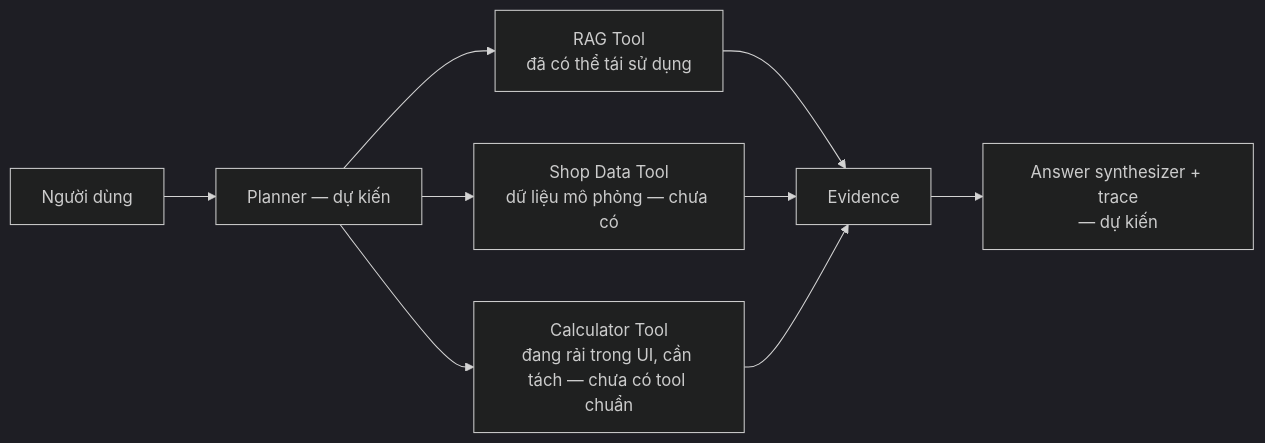
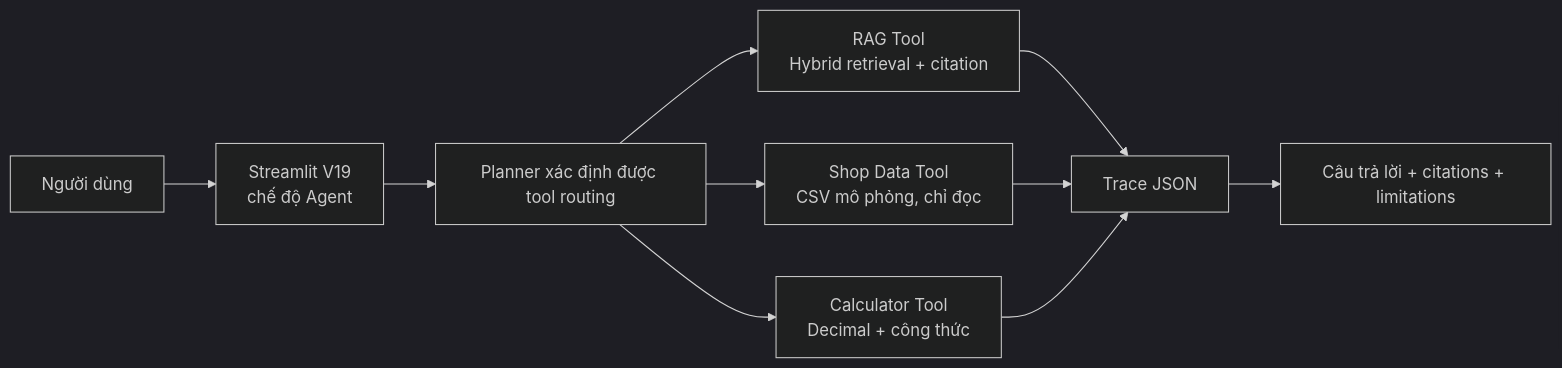
The third of 3 diagrams in docs/architecture.md (QuangThai2002/DoAnThacSi), drawn with Mermaid (dark theme) before and after one commit. The commit also changed other lines of this file and 10 other files, not shown here.

````diff
--- a/docs/architecture.md
+++ b/docs/architecture.md
@@ -79,11 +81,12 @@
 ```mermaid
 flowchart LR
-    U[Người dùng] --> P[Planner — dự kiến]
-    P --> R[RAG Tool\nđã có thể tái sử dụng]
-    P --> S[Shop Data Tool\ndữ liệu mô phỏng — chưa có]
-    P --> C[Calculator Tool\nđang rải trong UI, cần tách — chưa có tool chuẩn]
-    R --> X[Evidence]
+    U[Người dùng] --> I[Streamlit V19\nchế độ Agent]
+    I --> P[Planner xác định được tool routing]
+    P --> R[RAG Tool\nHybrid retrieval + citation]
+    P --> S[Shop Data Tool\nCSV mô phỏng, chỉ đọc]
+    P --> C[Calculator Tool\nDecimal + công thức]
+    R --> X[Trace JSON]
     S --> X
     C --> X
-    X --> A[Answer synthesizer + trace\n— dự kiến]
+    X --> A[Câu trả lời + citations + limitations]
 ```
````
